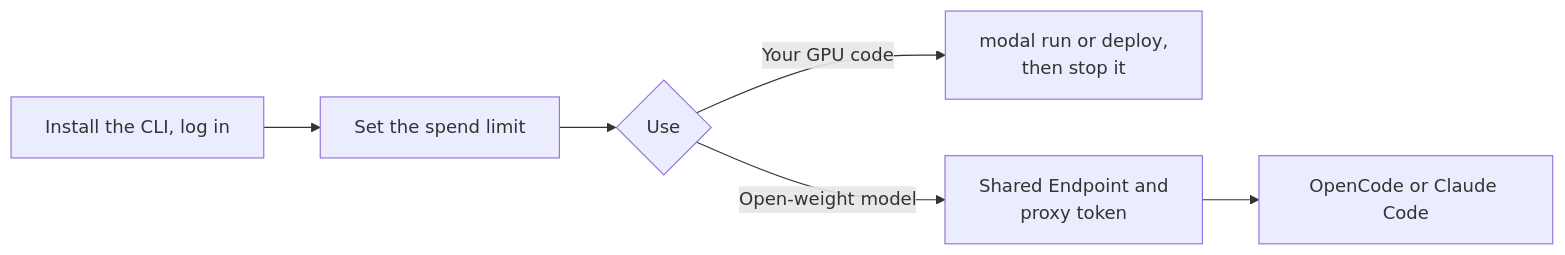
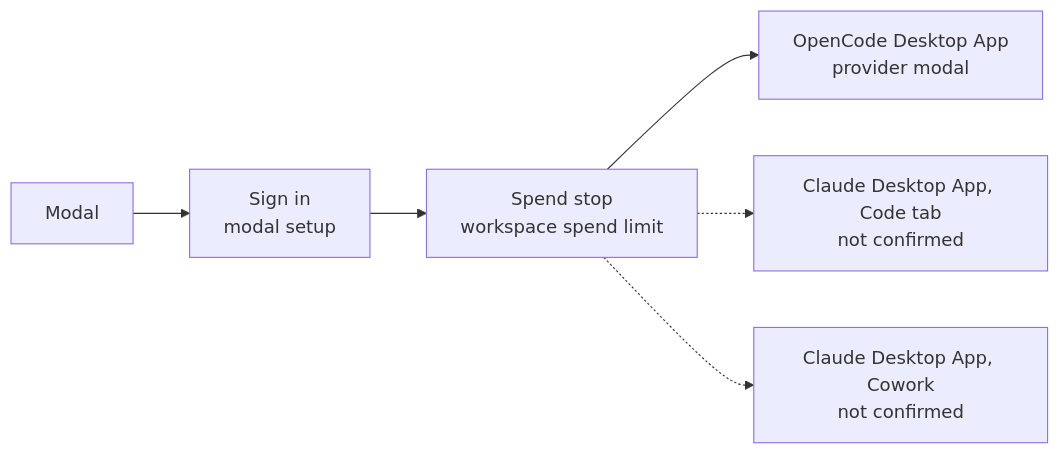
The diagram in guides/modal.md (SoulCraft-Org/compute-crafter), drawn with Mermaid before and after one commit. The commit also changed other lines of this file and 13 other files, not shown here.

````diff
--- a/guides/modal.md
+++ b/guides/modal.md
@@ -9,6 +5,7 @@
 ```mermaid
 flowchart LR
-  I[Install the CLI, log in] --> S[Set the spend limit] --> W{Use}
-  W -->|Your GPU code| R[modal run or deploy,<br/>then stop it]
-  W -->|Open-weight model| E[Shared Endpoint and<br/>proxy token] --> C[OpenCode or Claude Code]
+  P[Modal] --> S[Sign in<br/>modal setup] --> G[Spend stop<br/>workspace spend limit]
+  G --> O[OpenCode Desktop App<br/>provider modal]
+  G -.-> C[Claude Desktop App, Code tab<br/>not confirmed]
+  G -.-> W[Claude Desktop App, Cowork<br/>not confirmed]
 ```
````
